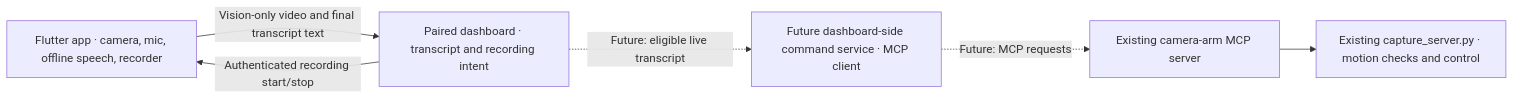
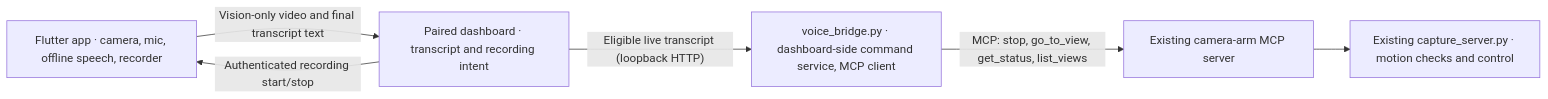
Before and after one commit to fredch16/hacklab_solution: the first of 5 diagrams in docs/ARCHITECTURE.md, drawn with Mermaid. The commit also changed other lines of this file and 16 other files, not shown here.

First line of the commit message:
Route spoken arm requests from the dashboard to the camera-arm MCP server

````diff
--- a/docs/ARCHITECTURE.md
+++ b/docs/ARCHITECTURE.md
@@ -7,13 +7,13 @@
 ```mermaid
 flowchart LR
     Phone["Flutter app · camera, mic, offline speech, recorder"]
     Browser["Paired dashboard · transcript and recording intent"]
-    Client["Future dashboard-side command service · MCP client"]
+    Client["voice_bridge.py · dashboard-side command service, MCP client"]
     MCP["Existing camera-arm MCP server"]
     Arm["Existing capture_server.py · motion checks and control"]
     Phone -- "Vision-only video and final transcript text" --> Browser
     Browser -- "Authenticated recording start/stop" --> Phone
-    Browser -. "Future: eligible live transcript" .-> Client
-    Client -. "Future: MCP requests" .-> MCP
+    Browser -- "Eligible live transcript (loopback HTTP)" --> Client
+    Client -- "MCP: stop, go_to_view, get_status, list_views" --> MCP
     MCP --> Arm
 ```
````
